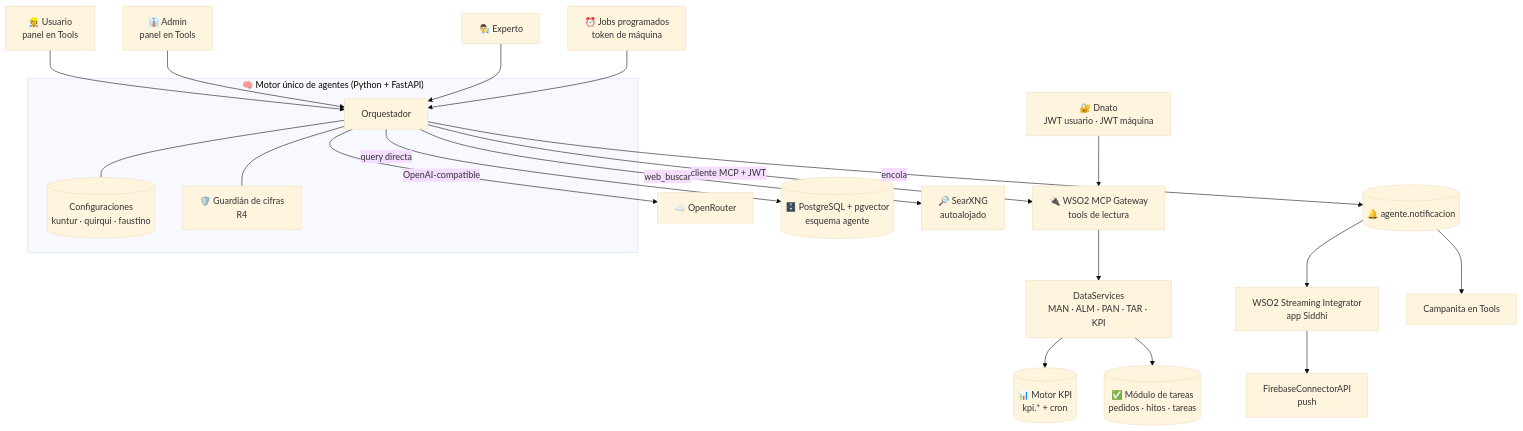
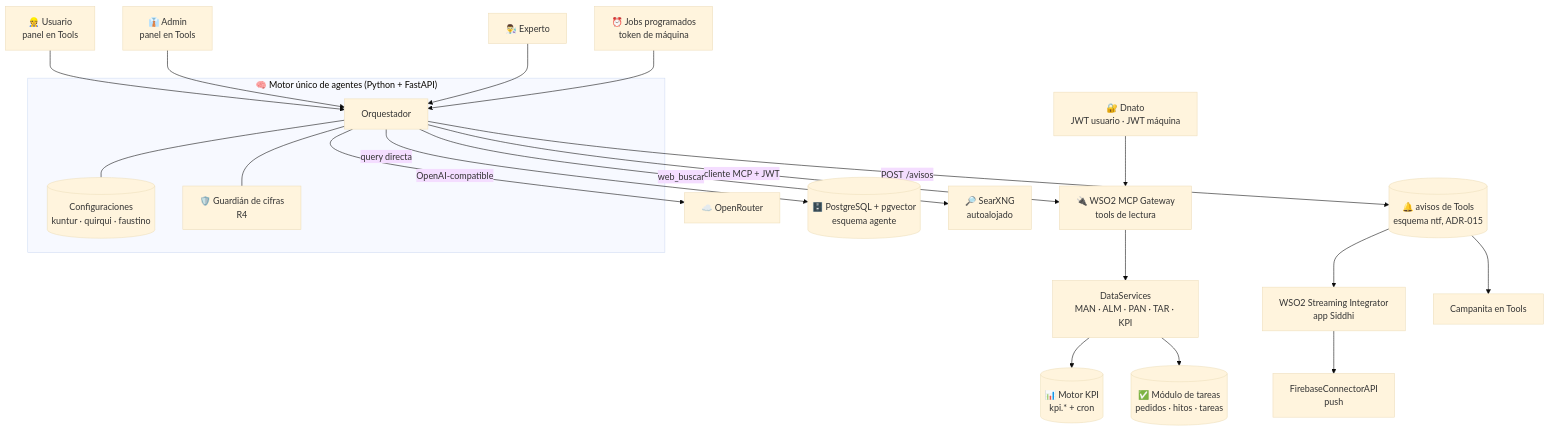
One commit to Trazalog/traz-tools changed the diagram in doc/v3/AGENTES_TRAZALOG_ARQUITECTURA_TECNICA.md. Above: the diagram before and after it, drawn with Mermaid (base theme). The commit also changed other lines of this file and 10 other files, not shown here.

First line of the commit message:
chore(agente): borrar la cola de avisos propia del agente [AGENTE-AS-03]

````diff
--- a/doc/v3/AGENTES_TRAZALOG_ARQUITECTURA_TECNICA.md
+++ b/doc/v3/AGENTES_TRAZALOG_ARQUITECTURA_TECNICA.md
@@ -15,26 +15,26 @@
 ```mermaid
 graph TD
     U[👷 Usuario<br/>panel en Tools] --> ORQ
     ADM[👔 Admin<br/>panel en Tools] --> ORQ
     EXP[👨‍🔬 Experto] --> ORQ
     CRON[⏰ Jobs programados<br/>token de máquina] --> ORQ
     subgraph MOTOR["🧠 Motor único de agentes (Python + FastAPI)"]
         ORQ[Orquestador]
         CFG[(Configuraciones<br/>kuntur · quirqui · faustino)]
         GRD[🛡️ Guardián de cifras<br/>R4]
         ORQ --- CFG
         ORQ --- GRD
     end
     ORQ -->|OpenAI-compatible| ROUTER[☁️ OpenRouter]
     ORQ -->|query directa| PG[(🗄️ PostgreSQL + pgvector<br/>esquema agente)]
     ORQ -->|cliente MCP + JWT| MCP[🔌 WSO2 MCP Gateway<br/>tools de lectura]
     ORQ -->|web_buscar| SX[🔎 SearXNG<br/>autoalojado]
     MCP --> DS[DataServices<br/>MAN · ALM · PAN · TAR · KPI]
     DS --> KPI[(📊 Motor KPI<br/>kpi.* + cron)]
     DS --> TAR[(✅ Módulo de tareas<br/>pedidos · hitos · tareas)]
-    ORQ -->|encola| COLA[(🔔 agente.notificacion)]
+    ORQ -->|POST /avisos| COLA[(🔔 avisos de Tools<br/>esquema ntf, ADR-015)]
     COLA --> SI[WSO2 Streaming Integrator<br/>app Siddhi]
     SI --> FCM[FirebaseConnectorAPI<br/>push]
     COLA --> CAMP[Campanita en Tools]
     DNATO[🔐 Dnato<br/>JWT usuario · JWT máquina] --> MCP
 ```
````
